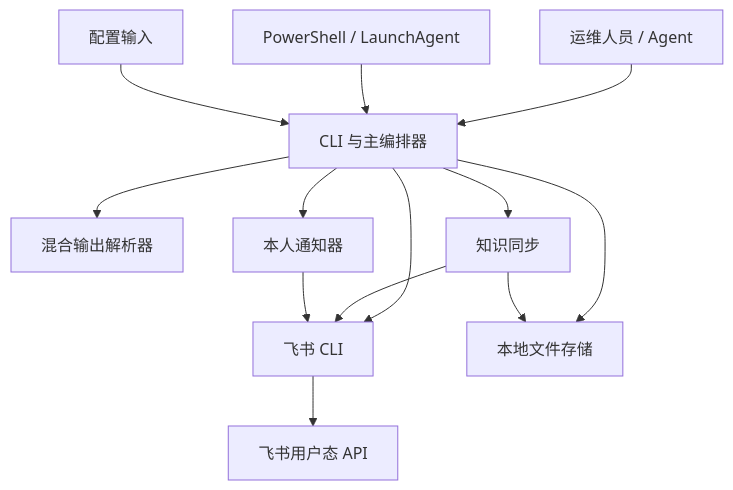
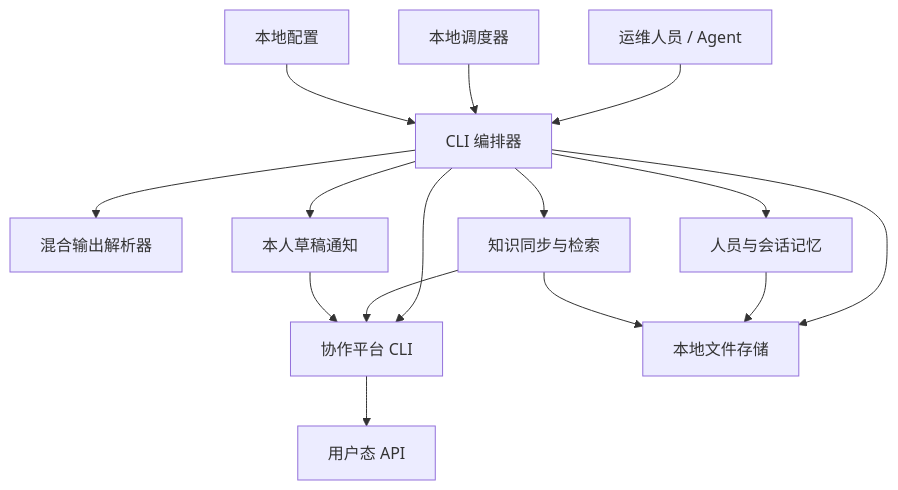
Before and after one commit to 9dianbiqi/9dianbiqi.github.io: the first of 3 diagrams in src/content/blog/feishu-operations-cli-architecture.md, drawn with Mermaid. The commit also changed other lines of this file and 9 other files, not shown here.

````diff
--- a/src/content/blog/feishu-operations-cli-architecture.md
+++ b/src/content/blog/feishu-operations-cli-architecture.md
@@ -37,26 +48,29 @@
 ```mermaid
 flowchart TB
     U["运维人员 / Agent"]
-    WRAP["PowerShell / LaunchAgent"]
-    CLI["CLI 与主编排器"]
+    WRAP["本地调度器"]
+    CLI["CLI 编排器"]
     PARSER["混合输出解析器"]
-    KNOWLEDGE["知识同步"]
-    NOTIFY["本人通知器"]
-    LARK["飞书 CLI"]
-    API["飞书用户态 API"]
-    CFG["配置输入"]
+    MEMORY["人员与会话记忆"]
+    KNOWLEDGE["知识同步与检索"]
+    NOTIFY["本人草稿通知"]
+    EXT["协作平台 CLI"]
+    API["用户态 API"]
+    CFG["本地配置"]
     FS["本地文件存储"]
 
     U --> CLI
     WRAP --> CLI
     CFG --> CLI
     CLI --> PARSER
+    CLI --> MEMORY
     CLI --> KNOWLEDGE
     CLI --> NOTIFY
     CLI --> FS
+    MEMORY --> FS
     KNOWLEDGE --> FS
-    CLI --> LARK
-    KNOWLEDGE --> LARK
-    NOTIFY --> LARK
-    LARK --> API
+    CLI --> EXT
+    KNOWLEDGE --> EXT
+    NOTIFY --> EXT
+    EXT --> API
 ```
````
